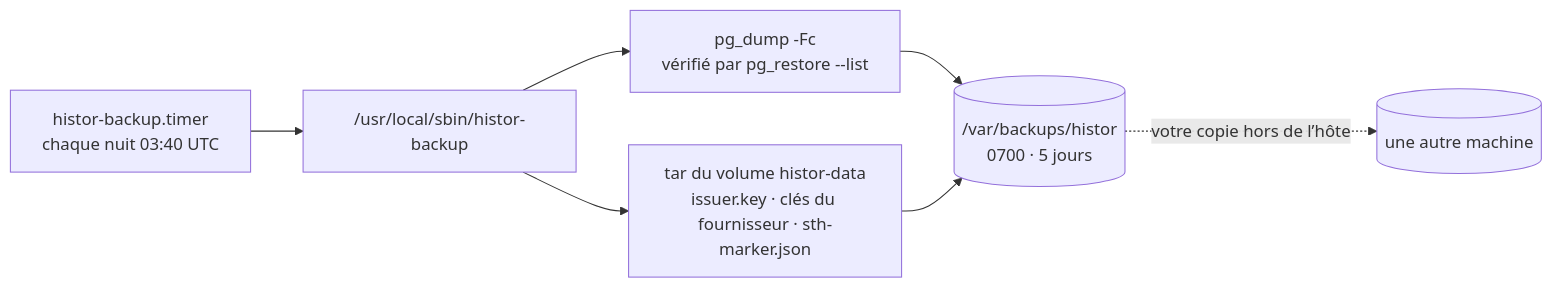
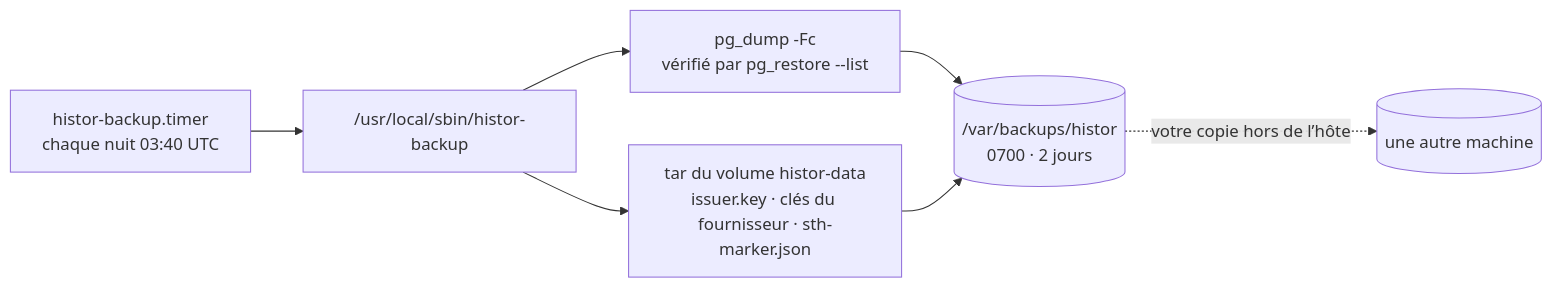
One commit to alexar76/histor changed the third of 3 diagrams in docs/operations.fr.md. Above: the diagram before and after it, drawn with Mermaid. The commit also changed 30 other files, not shown here.

````diff
--- a/docs/operations.fr.md
+++ b/docs/operations.fr.md
@@ -123,9 +123,9 @@
 ```mermaid
 flowchart LR
     T["histor-backup.timer<br/>chaque nuit 03:40 UTC"] --> S["/usr/local/sbin/histor-backup"]
     S --> D["pg_dump -Fc<br/>vérifié par pg_restore --list"]
     S --> K["tar du volume histor-data<br/>issuer.key · clés du fournisseur · sth-marker.json"]
-    D --> B[("/var/backups/histor<br/>0700 · 5 jours")]
+    D --> B[("/var/backups/histor<br/>0700 · 2 jours")]
     K --> B
     B -. "votre copie hors de l’hôte" .-> O[("une autre machine")]
 ```
````
